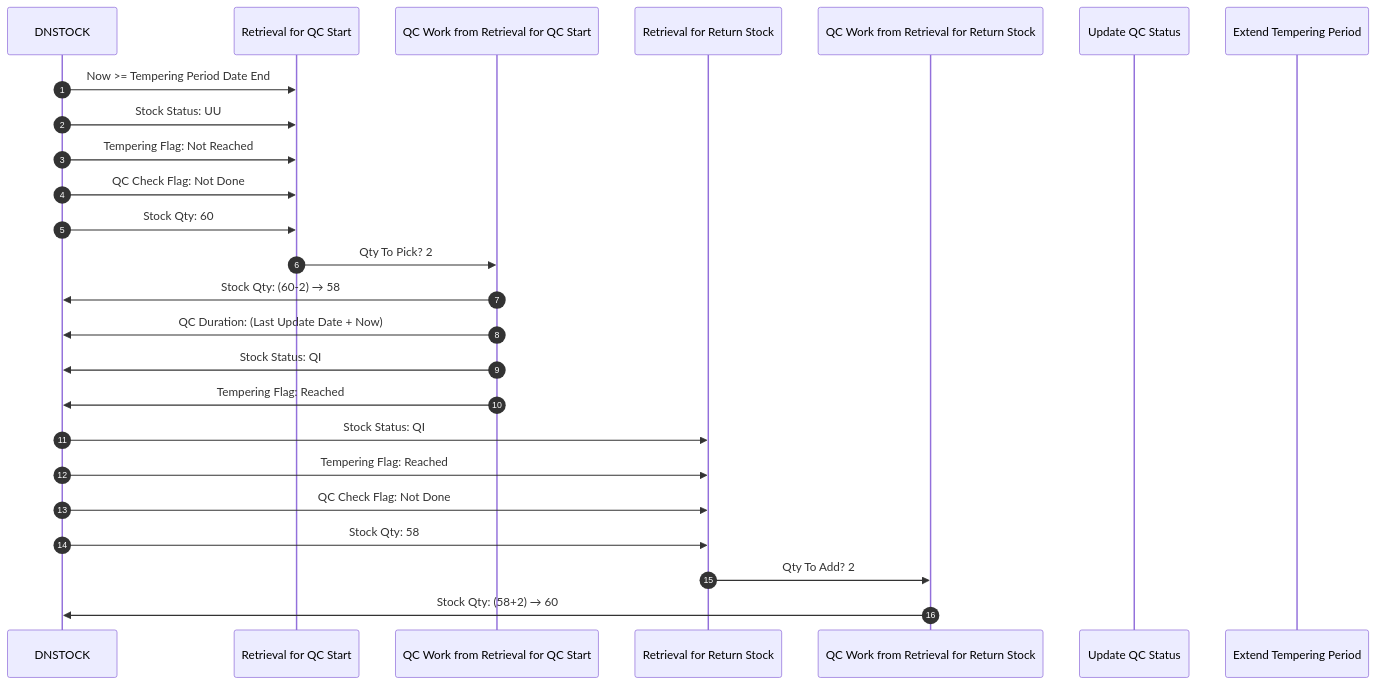
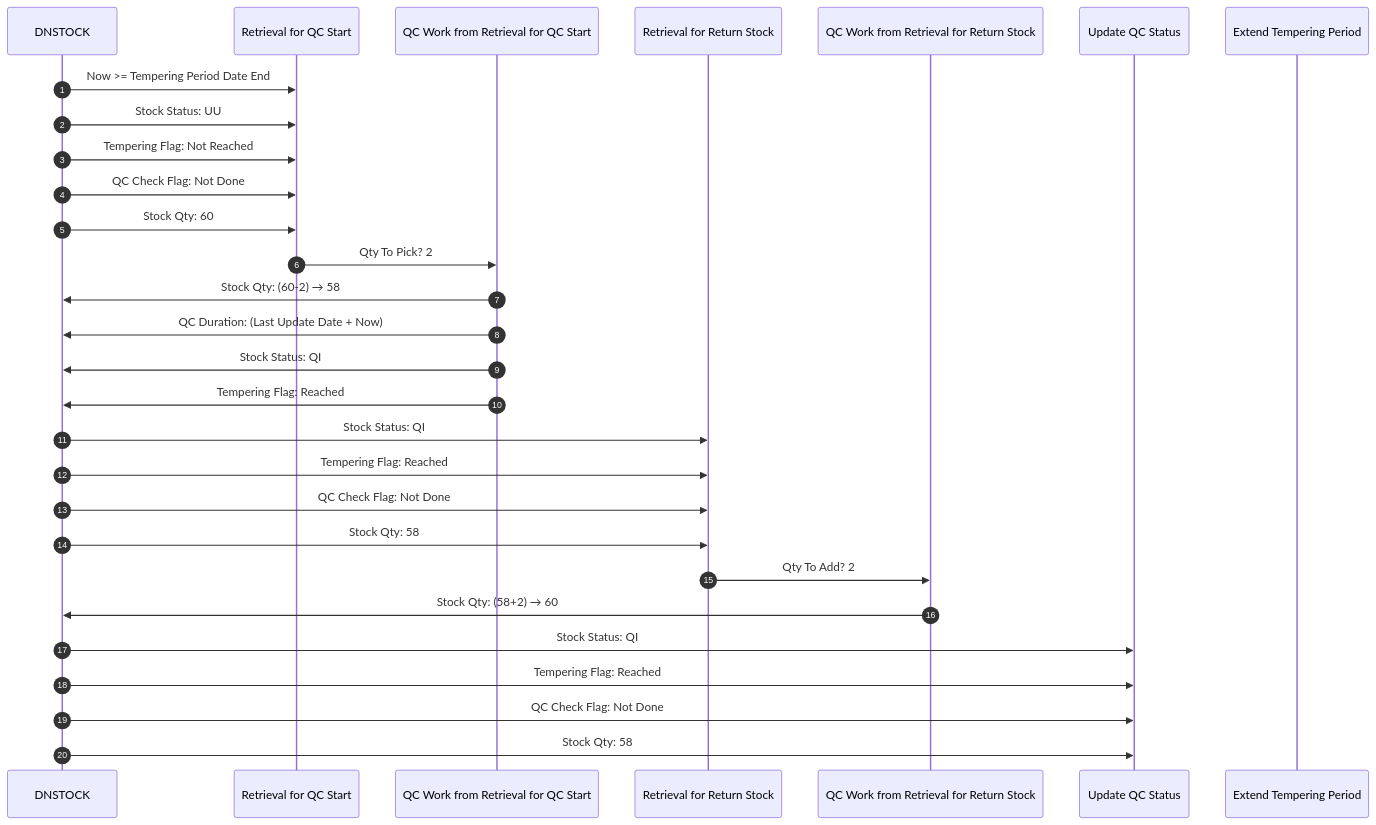
The diagram in Basic-Design/DFD-WMS/Retrieval/QC-Setting.md (luthfiadityaa/SimeDarby-Wiki), drawn with Mermaid before and after one commit.

Commit message:
Updated QC Setting

```diff
--- a/Basic-Design/DFD-WMS/Retrieval/QC-Setting.md
+++ b/Basic-Design/DFD-WMS/Retrieval/QC-Setting.md
@@ -11,41 +11,45 @@
 ::: mermaid
 sequenceDiagram
     autonumber
 
     participant DNSTOCK
     participant Retrieval for QC Start
     participant QC Work from Retrieval for QC Start
     participant Retrieval for Return Stock
     participant QC Work from Retrieval for Return Stock
     participant Update QC Status
     participant Extend Tempering Period
 
     %% --- 1. DNSTOCK ---
     DNSTOCK ->> Retrieval for QC Start: Now >= Tempering Period Date End
     DNSTOCK ->> Retrieval for QC Start: Stock Status: UU  
     DNSTOCK ->> Retrieval for QC Start: Tempering Flag: Not Reached 
     DNSTOCK ->> Retrieval for QC Start: QC Check Flag: Not Done
     DNSTOCK ->> Retrieval for QC Start: Stock Qty: 60
 
     %% --- 2. Retrieval for QC Start ---
     Retrieval for QC Start ->> QC Work from Retrieval for QC Start: Qty To Pick?  2
 
     %% --- 3. QC Work from Retrieval for QC Start ---
     QC Work from Retrieval for QC Start ->> DNSTOCK: Stock Qty: (60-2) → 58
     QC Work from Retrieval for QC Start ->> DNSTOCK: QC Duration: (Last Update Date + Now)
     QC Work from Retrieval for QC Start ->> DNSTOCK: Stock Status: QI
     QC Work from Retrieval for QC Start ->> DNSTOCK: Tempering Flag: Reached
 
     %% --- 4. Retrieval for Return Stock ---
     DNSTOCK ->> Retrieval for Return Stock: Stock Status: QI  
     DNSTOCK ->> Retrieval for Return Stock: Tempering Flag: Reached 
     DNSTOCK ->> Retrieval for Return Stock: QC Check Flag: Not Done
     DNSTOCK ->> Retrieval for Return Stock: Stock Qty: 58
 
     Retrieval for Return Stock ->> QC Work from Retrieval for Return Stock: Qty To Add?  2
 
     %% --- 5. QC Work from Retrieval for Return Stock ---
     QC Work from Retrieval for Return Stock ->> DNSTOCK: Stock Qty: (58+2) → 60
 
     %% --- 6. Update QC Status ---
+    DNSTOCK ->> Update QC Status: Stock Status: QI  
+    DNSTOCK ->> Update QC Status: Tempering Flag: Reached 
+    DNSTOCK ->> Update QC Status: QC Check Flag: Not Done
+    DNSTOCK ->> Update QC Status: Stock Qty: 58
 :::
```
